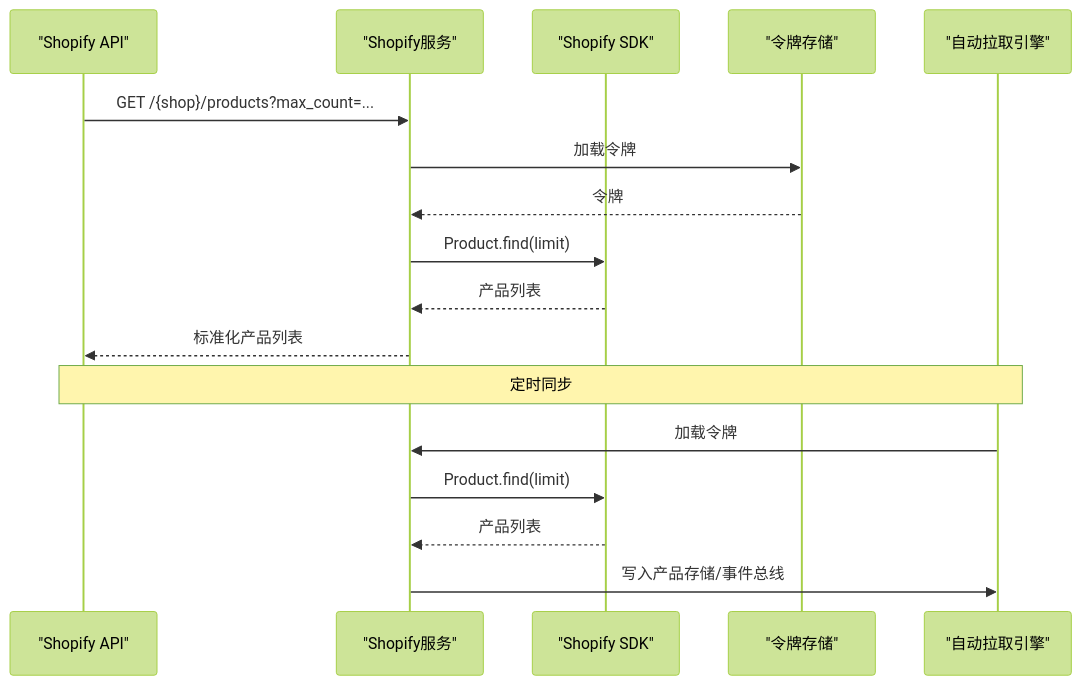
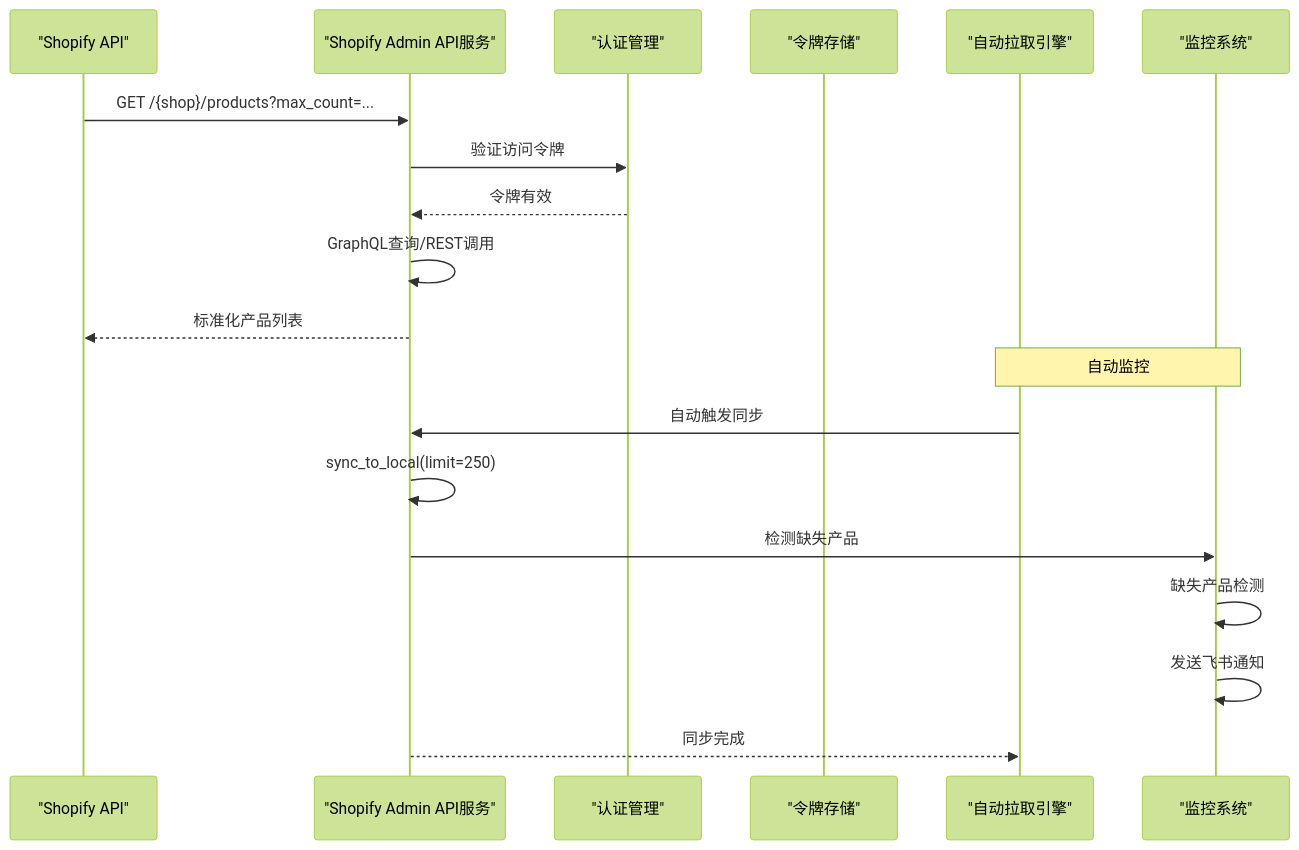
Before and after one commit to angledick/-: the fourth of 10 diagrams in .qoder/repowiki/zh/content/集成与扩展/Shopify集成.md, drawn with Mermaid (forest theme). The commit also changed other lines of this file and 770 other files, not shown here.

````diff
--- a/.qoder/repowiki/zh/content/集成与扩展/Shopify集成.md
+++ b/.qoder/repowiki/zh/content/集成与扩展/Shopify集成.md
@@ -197,19 +236,21 @@
 ```mermaid
 sequenceDiagram
 participant API as "Shopify API"
-participant SVC as "Shopify服务"
-participant SDK as "Shopify SDK"
+participant API_SVC as "Shopify Admin API服务"
+participant AUTH as "认证管理"
 participant TOK as "令牌存储"
 participant ENG as "自动拉取引擎"
-API->>SVC : GET /{shop}/products?max_count=...
-SVC->>TOK : 加载令牌
-TOK-->>SVC : 令牌
-SVC->>SDK : Product.find(limit)
-SDK-->>SVC : 产品列表
-SVC-->>API : 标准化产品列表
-Note over ENG,API : 定时同步
-ENG->>SVC : 加载令牌
-SVC->>SDK : Product.find(limit)
-SDK-->>SVC : 产品列表
-SVC->>ENG : 写入产品存储/事件总线
+participant MON as "监控系统"
+API->>API_SVC : GET /{shop}/products?max_count=...
+API_SVC->>AUTH : 验证访问令牌
+AUTH-->>API_SVC : 令牌有效
+API_SVC->>API_SVC : GraphQL查询/REST调用
+API_SVC-->>API : 标准化产品列表
+Note over ENG,MON : 自动监控
+ENG->>API_SVC : 自动触发同步
+API_SVC->>API_SVC : sync_to_local(limit=250)
+API_SVC->>MON : 检测缺失产品
+MON->>MON : 缺失产品检测
+MON->>MON : 发送飞书通知
+API_SVC-->>ENG : 同步完成
 ```
````
